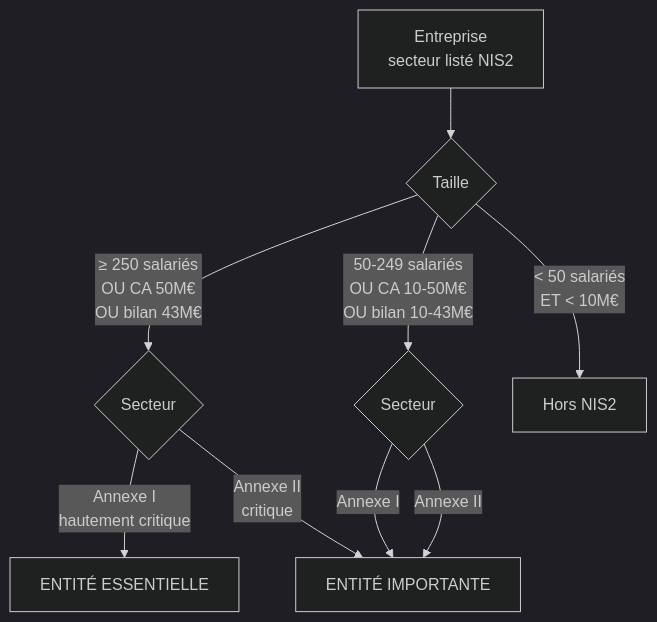
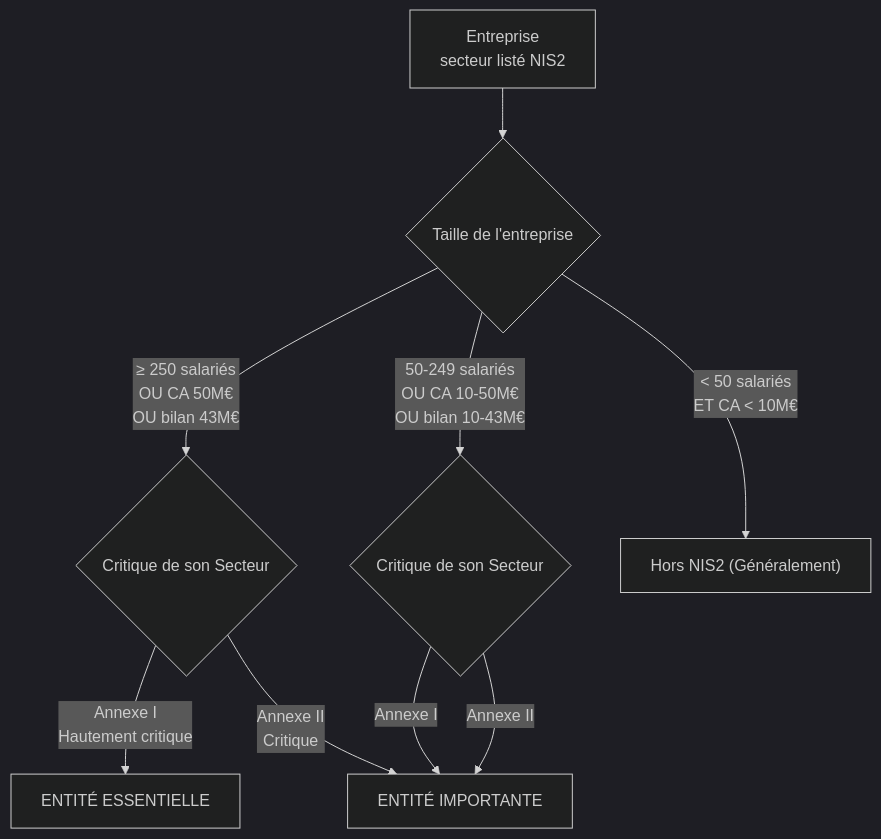
One commit to zyrass/omnydocs changed the third of 8 diagrams in docs/cursus-forensic/01-cycle-0-fondations/module-1-legislation/07-nis2-loi-resilience.md. Above: the diagram before and after it, drawn with Mermaid (dark theme). The commit also changed other lines of this file and 171 other files, not shown here.

````diff
--- a/docs/cursus-forensic/01-cycle-0-fondations/module-1-legislation/07-nis2-loi-resilience.md
+++ b/docs/cursus-forensic/01-cycle-0-fondations/module-1-legislation/07-nis2-loi-resilience.md
@@ -147,13 +158,13 @@
 ```mermaid
 flowchart TB
-    A[Entreprise<br>secteur listé NIS2] --> B{Taille}
-    B -->|≥ 250 salariés<br>OU CA 50M€<br>OU bilan 43M€| C{Secteur}
-    B -->|50-249 salariés<br>OU CA 10-50M€<br>OU bilan 10-43M€| D{Secteur}
-    B -->|< 50 salariés<br>ET < 10M€| E[Hors NIS2]
+    A["Entreprise<br>secteur listé NIS2"] --> B{"Taille de l'entreprise"}
+    B -->|"≥ 250 salariés<br>OU CA 50M€<br>OU bilan 43M€"| C{"Critique de son Secteur"}
+    B -->|"50-249 salariés<br>OU CA 10-50M€<br>OU bilan 10-43M€"| D{"Critique de son Secteur"}
+    B -->|"< 50 salariés<br>ET CA < 10M€"| E["Hors NIS2 (Généralement)"]
 
-    C -->|Annexe I<br>hautement critique| F[ENTITÉ ESSENTIELLE]
-    C -->|Annexe II<br>critique| G[ENTITÉ IMPORTANTE]
+    C -->|"Annexe I<br>Hautement critique"| F["ENTITÉ ESSENTIELLE"]
+    C -->|"Annexe II<br>Critique"| G["ENTITÉ IMPORTANTE"]
 
-    D -->|Annexe I| G
-    D -->|Annexe II| G
+    D -->|"Annexe I"| G
+    D -->|"Annexe II"| G
 ```
````
